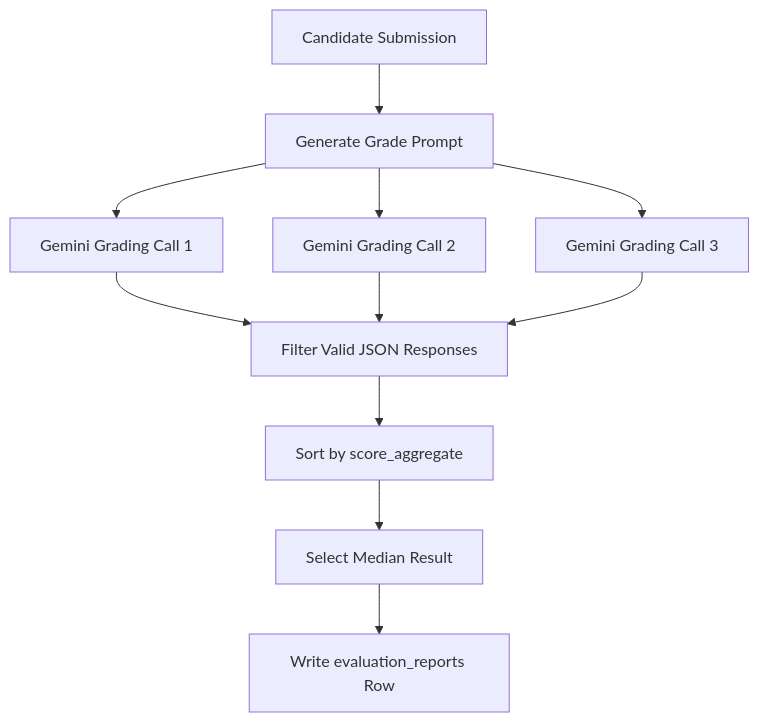
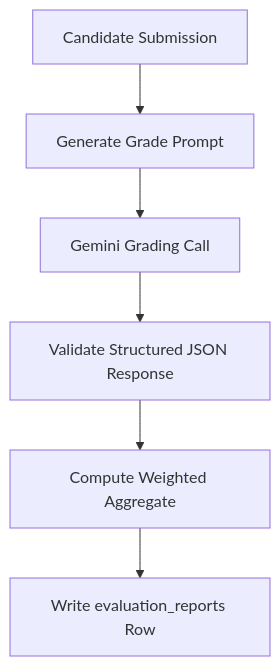
Before and after one commit to ranadeepsingh/gemini-hackathon: the diagram in skills/ai-evaluations/SKILL.md, drawn with Mermaid. The commit also changed other lines of this file and 27 other files, not shown here.

````diff
--- a/skills/ai-evaluations/SKILL.md
+++ b/skills/ai-evaluations/SKILL.md
@@ -13,13 +13,8 @@
 ```mermaid
 graph TD
     A[Candidate Submission] --> B[Generate Grade Prompt]
-    B --> C1[Gemini Grading Call 1]
-    B --> C2[Gemini Grading Call 2]
-    B --> C3[Gemini Grading Call 3]
-    C1 --> D[Filter Valid JSON Responses]
-    C2 --> D
-    C3 --> D
-    D --> E[Sort by score_aggregate]
-    E --> F[Select Median Result]
-    F --> G[Write evaluation_reports Row]
+    B --> C[Gemini Grading Call]
+    C --> D[Validate Structured JSON Response]
+    D --> E[Compute Weighted Aggregate]
+    E --> F[Write evaluation_reports Row]
 ```
````
